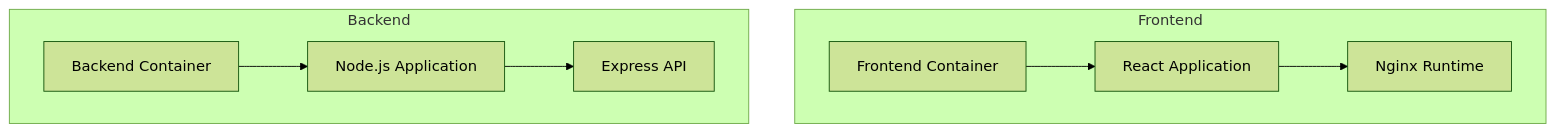
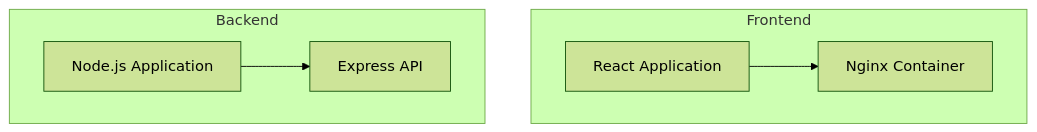
One commit to bymalathi/flavorforge-azure-devsecops-capstone changed diagram 11 of 29 in README.md. Above: the diagram before and after it, drawn with Mermaid (forest theme). The commit also changed other lines of this file, not shown here.

````diff
--- a/README.md
+++ b/README.md
@@ -706,20 +814,16 @@
 ```mermaid
 flowchart TD
     subgraph Frontend
-        A[Frontend Container]
-        B[React Application]
-        C[Nginx Runtime]
+        A[React Application]
+        B[Nginx Container]
 
         A --> B
-        B --> C
     end
 
     subgraph Backend
-        D[Backend Container]
-        E[Node.js Application]
-        F[Express API]
+        C[Node.js Application]
+        D[Express API]
 
-        D --> E
-        E --> F
+        C --> D
     end
 ```
````
